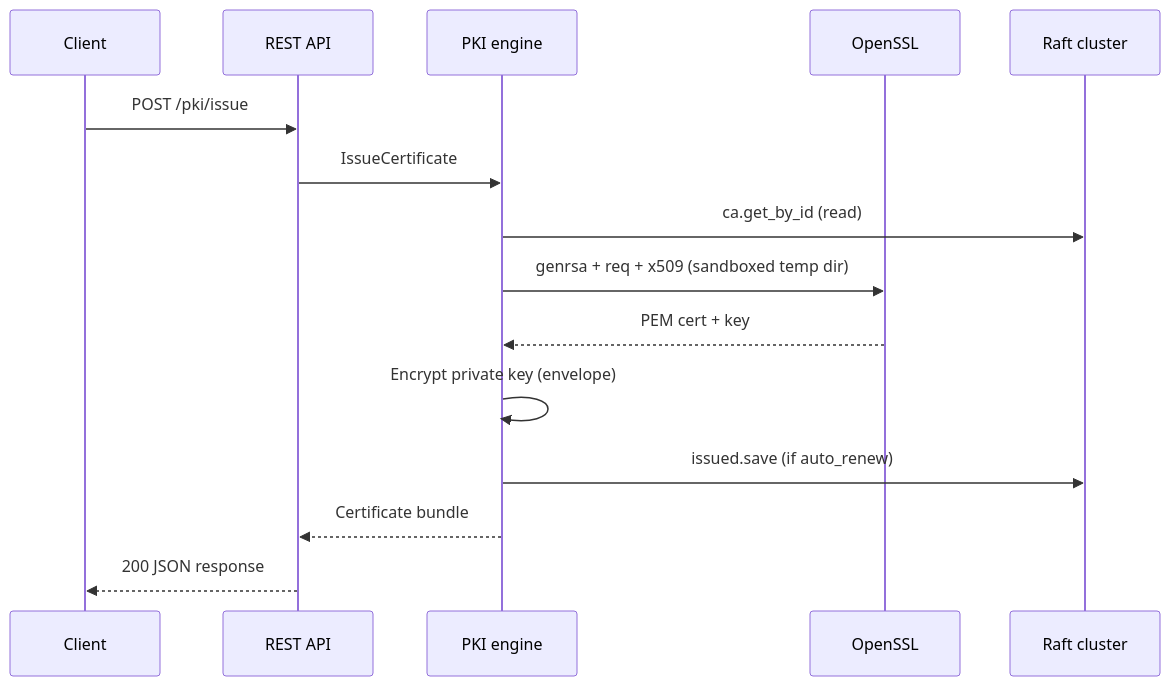
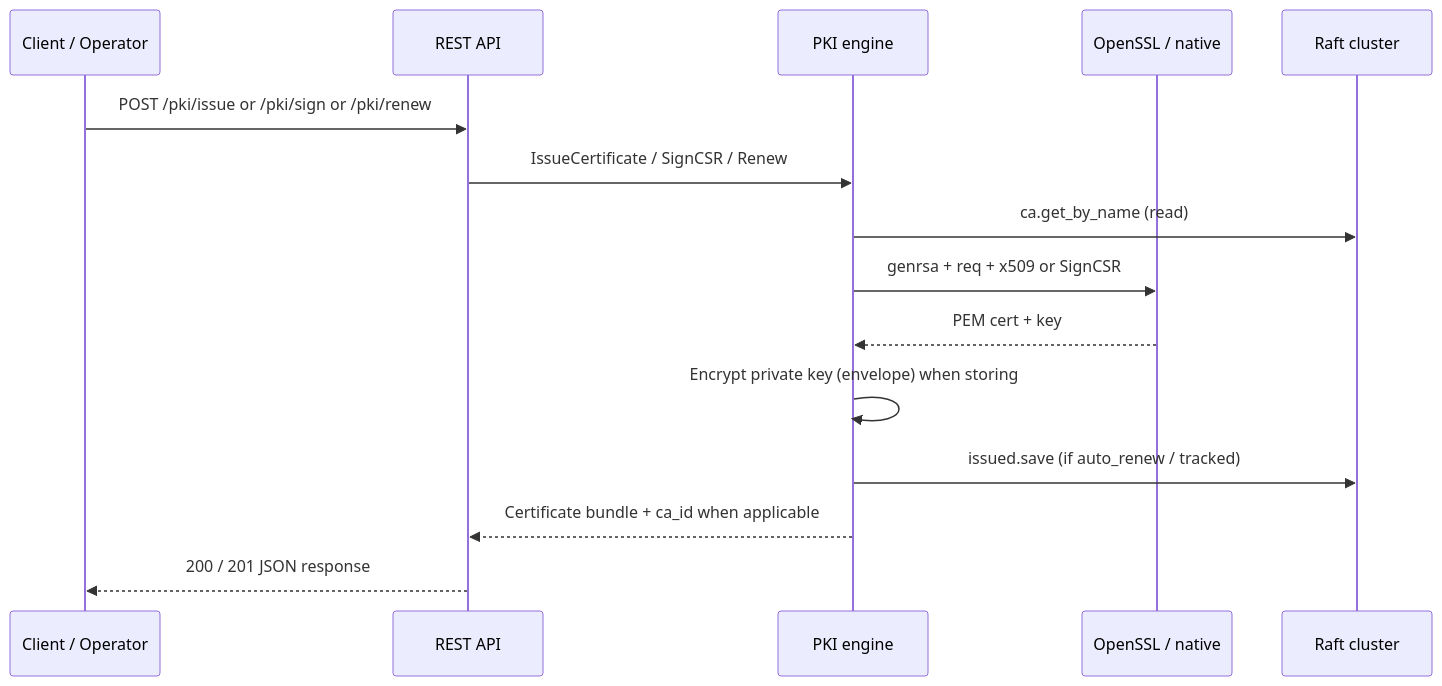
One commit to kubenexis/knxvault changed the third of 8 diagrams in docs/architecture/diagrams.md. Above: the diagram before and after it, drawn with Mermaid. The commit also changed other lines of this file and 13 other files, not shown here.

First line of the commit message:
docs: refresh architecture, design, admin, and user guides

````diff
--- a/docs/architecture/diagrams.md
+++ b/docs/architecture/diagrams.md
@@ -72,18 +87,18 @@
 ```mermaid
 sequenceDiagram
-    participant C as Client
+    participant C as Client / Operator
     participant API as REST API
     participant PKI as PKI engine
-    participant SSL as OpenSSL
+    participant SSL as OpenSSL / native
     participant Raft as Raft cluster
 
-    C->>API: POST /pki/issue
-    API->>PKI: IssueCertificate
-    PKI->>Raft: ca.get_by_id (read)
-    PKI->>SSL: genrsa + req + x509 (sandboxed temp dir)
+    C->>API: POST /pki/issue or /pki/sign or /pki/renew
+    API->>PKI: IssueCertificate / SignCSR / Renew
+    PKI->>Raft: ca.get_by_name (read)
+    PKI->>SSL: genrsa + req + x509 or SignCSR
     SSL-->>PKI: PEM cert + key
-    PKI->>PKI: Encrypt private key (envelope)
-    PKI->>Raft: issued.save (if auto_renew)
-    PKI-->>API: Certificate bundle
-    API-->>C: 200 JSON response
+    PKI->>PKI: Encrypt private key (envelope) when storing
+    PKI->>Raft: issued.save (if auto_renew / tracked)
+    PKI-->>API: Certificate bundle + ca_id when applicable
+    API-->>C: 200 / 201 JSON response
 ```
````
